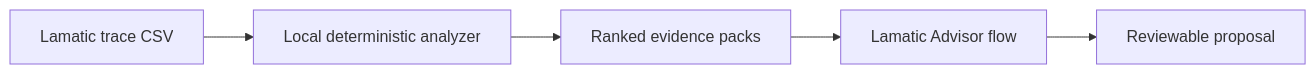
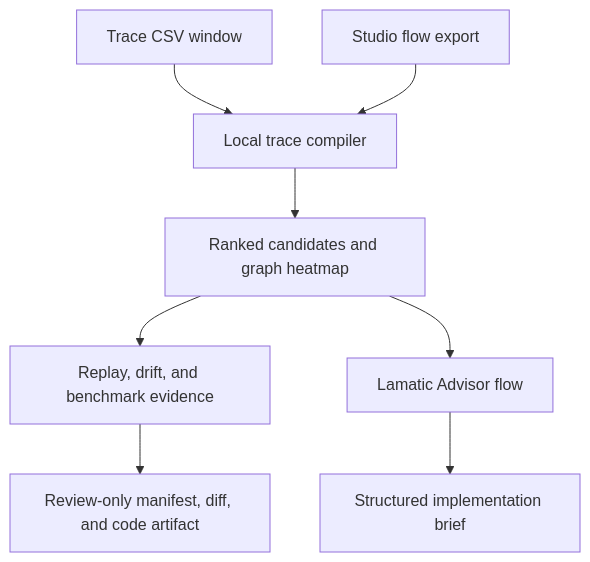
Before and after one commit to Lamatic/AgentKit: the diagram in kits/traceshift/README.md, drawn with Mermaid. The commit also changed other lines of this file and 23 other files, not shown here.

Commit message:
Build TraceShift replay compiler

````diff
--- a/kits/traceshift/README.md
+++ b/kits/traceshift/README.md
@@ -34,7 +13,10 @@
 ```mermaid
-flowchart LR
-  A[Lamatic trace CSV] --> B[Local deterministic analyzer]
-  B --> C[Ranked evidence packs]
-  C --> D[Lamatic Advisor flow]
-  D --> E[Reviewable proposal]
+flowchart TD
+  A[Trace CSV window] --> C[Local trace compiler]
+  B[Studio flow export] --> C
+  C --> D[Ranked candidates and graph heatmap]
+  D --> E[Replay, drift, and benchmark evidence]
+  E --> F[Review-only manifest, diff, and code artifact]
+  D --> G[Lamatic Advisor flow]
+  G --> H[Structured implementation brief]
 ```
````
